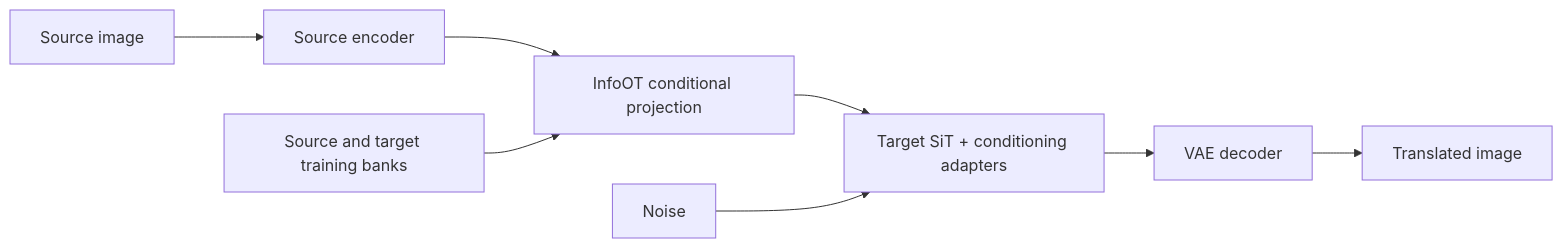
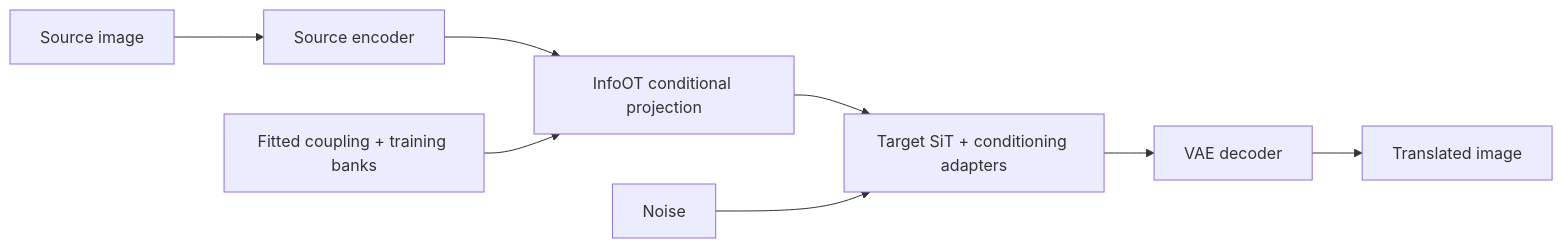
Before and after one commit to riverside234/diffusion-ot: the diagram in README.md, drawn with Mermaid. The commit also changed other lines of this file, not shown here.

````diff
--- a/README.md
+++ b/README.md
@@ -32,10 +51,10 @@
 ```mermaid
 flowchart LR
     S["Source image"] --> E["Source encoder"]
     E --> P["InfoOT conditional projection"]
-    B["Source and target training banks"] --> P
+    B["Fitted coupling + training banks"] --> P
     P --> G["Target SiT + conditioning adapters"]
     N["Noise"] --> G
     G --> V["VAE decoder"]
     V --> T["Translated image"]
 ```
````
